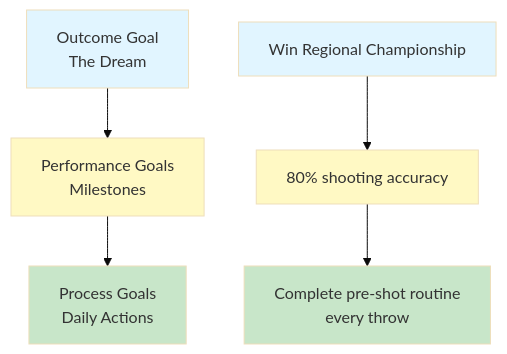
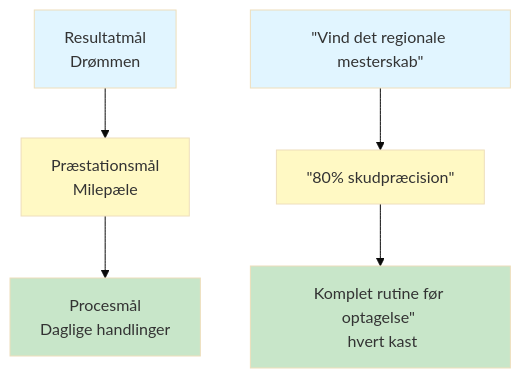
Before and after one commit to patwii/petanque-academy: the diagram in docs/da/education/motivation/index.md, drawn with Mermaid (base theme). The commit also changed other lines of this file and 550 other files, not shown here.

````diff
--- a/docs/da/education/motivation/index.md
+++ b/docs/da/education/motivation/index.md
@@ -41,15 +41,15 @@
 ```mermaid
 graph TD
-    A[Outcome Goal<br/>The Dream] --> B[Performance Goals<br/>Milestones]
-    B --> C[Process Goals<br/>Daily Actions]
+    A[Resultatmål <br/> Drømmen] --> B[Præstationsmål <br/> Milepæle]
+    B --> C[Procesmål <br/> Daglige handlinger]
 
-    A2["Win Regional Championship"] --> B2["80% shooting accuracy"]
-    B2 --> C2["Complete pre-shot routine<br/>every throw"]
+    A2[&quot;Vind det regionale mesterskab&quot;] --> B2[&quot;80% skudpræcision&quot;]
+    B2 --> C2[&quot;Komplet rutine før optagelse&quot; <br/> hvert kast&quot;]
 
     style A fill:#e1f5ff
     style B fill:#fff9c4
     style C fill:#c8e6c9
     style A2 fill:#e1f5ff
     style B2 fill:#fff9c4
     style C2 fill:#c8e6c9
 ```
````
